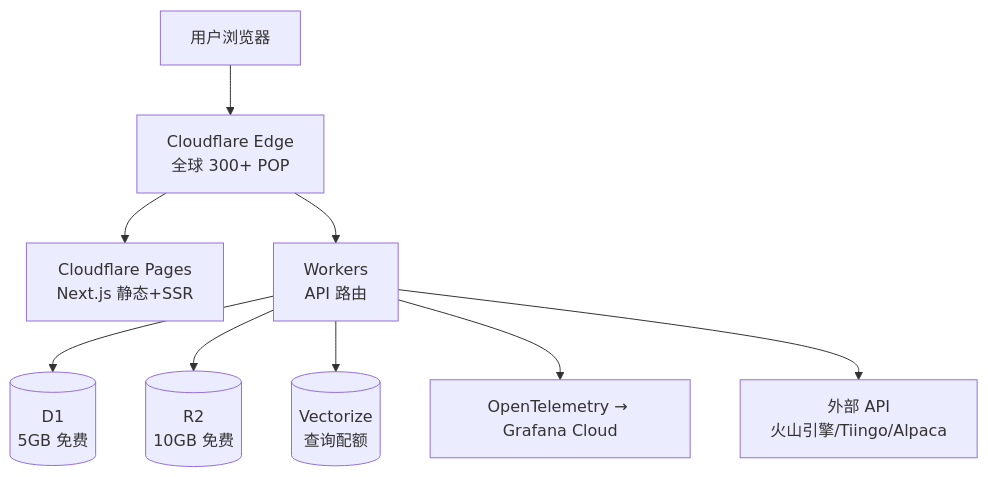
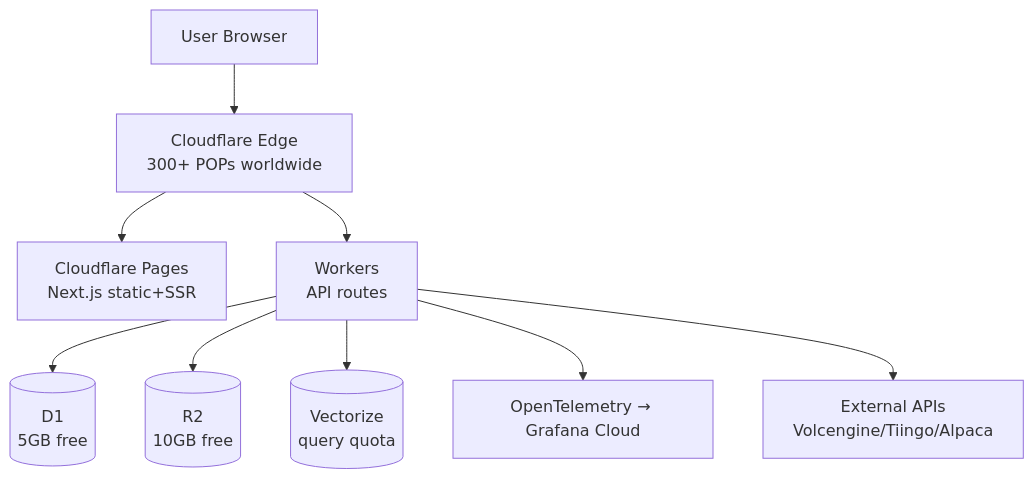
Before and after one commit to ZedeX/nova-invest: the fifth of 6 diagrams in docs/architecture/architecture.md, drawn with Mermaid. The commit also changed other lines of this file and 42 other files, not shown here.

````diff
--- a/docs/architecture/architecture.md
+++ b/docs/architecture/architecture.md
@@ -191,11 +191,11 @@
 ```mermaid
 flowchart TB
-    User[用户浏览器] --> CF[Cloudflare Edge<br/>全球 300+ POP]
-    CF --> Pages[Cloudflare Pages<br/>Next.js 静态+SSR]
-    CF --> Workers[Workers<br/>API 路由]
-    Workers --> D1[(D1<br/>5GB 免费)]
-    Workers --> R2[(R2<br/>10GB 免费)]
-    Workers --> VZ[(Vectorize<br/>查询配额)]
+    User[User Browser] --> CF[Cloudflare Edge<br/>300+ POPs worldwide]
+    CF --> Pages[Cloudflare Pages<br/>Next.js static+SSR]
+    CF --> Workers[Workers<br/>API routes]
+    Workers --> D1[(D1<br/>5GB free)]
+    Workers --> R2[(R2<br/>10GB free)]
+    Workers --> VZ[(Vectorize<br/>query quota)]
     Workers --> OTel[OpenTelemetry → Grafana Cloud]
-    Workers --> Ext[外部 API<br/>火山引擎/Tiingo/Alpaca]
+    Workers --> Ext[External APIs<br/>Volcengine/Tiingo/Alpaca]
 ```
````
